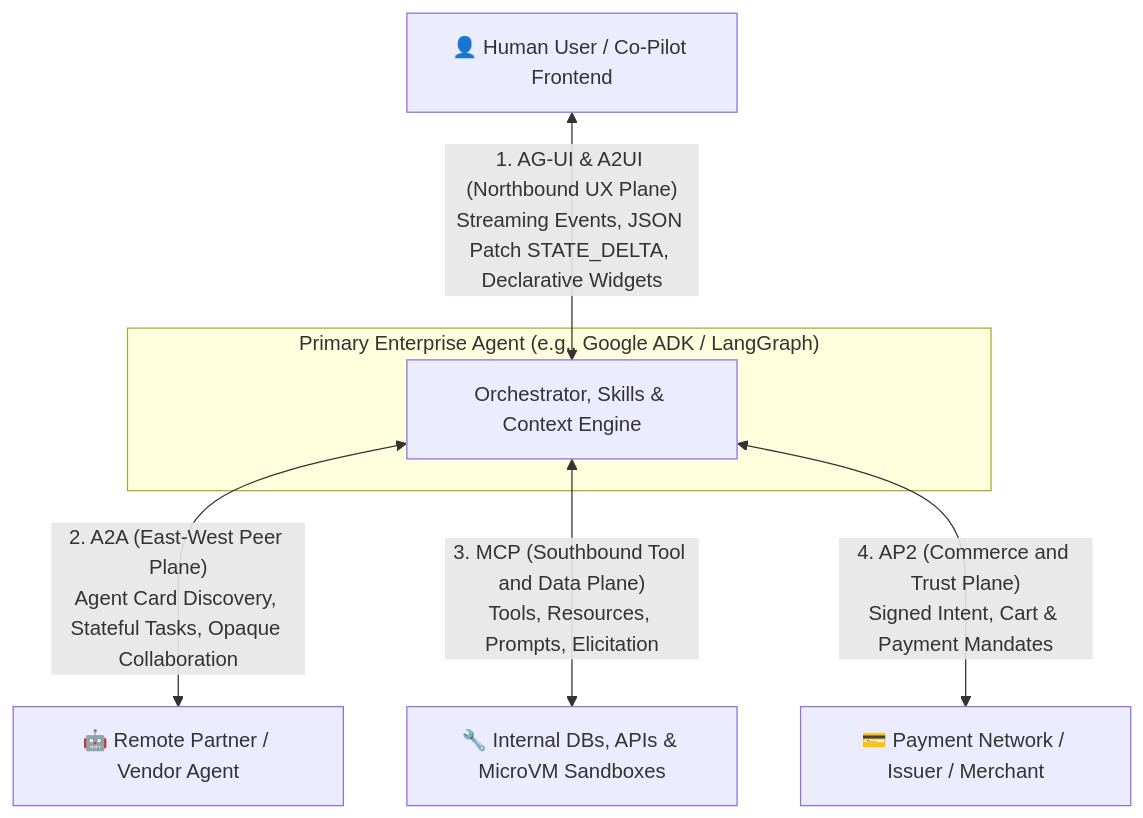
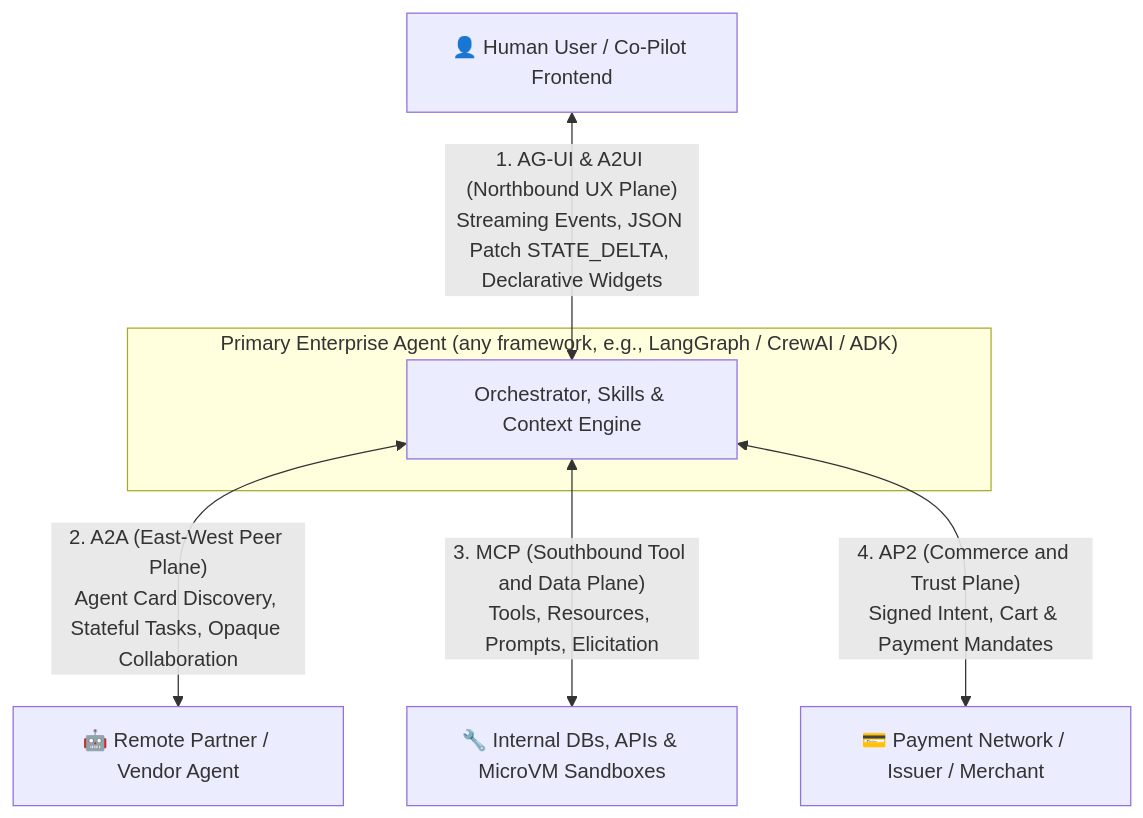
One commit to Rajdipc/agentic-ai-orchestration-patterns changed the second of 3 diagrams in README.md. Above: the diagram before and after it, drawn with Mermaid. The commit also changed other lines of this file and 18 other files, not shown here.

````diff
--- a/README.md
+++ b/README.md
@@ -111,13 +113,13 @@
 ```mermaid
 flowchart TD
     Human["👤 Human User / Co-Pilot Frontend"]
 
-    subgraph Orch["Primary Enterprise Agent (e.g., Google ADK / LangGraph)"]
+    subgraph Orch["Primary Enterprise Agent (any framework, e.g., LangGraph / CrewAI / ADK)"]
         Core["Orchestrator, Skills & Context Engine"]
     end
 
     Human <-->|"1. AG-UI & A2UI (Northbound UX Plane)<br/>Streaming Events, JSON Patch STATE_DELTA, Declarative Widgets"| Core
     Core <-->|"2. A2A (East-West Peer Plane)<br/>Agent Card Discovery, Stateful Tasks, Opaque Collaboration"| Peer["🤖 Remote Partner / Vendor Agent"]
     Core <-->|"3. MCP (Southbound Tool and Data Plane)<br/>Tools, Resources, Prompts, Elicitation"| Tools["🔧 Internal DBs, APIs & MicroVM Sandboxes"]
     Core <-->|"4. AP2 (Commerce and Trust Plane)<br/>Signed Intent, Cart & Payment Mandates"| Pay["💳 Payment Network / Issuer / Merchant"]
 ```
````
